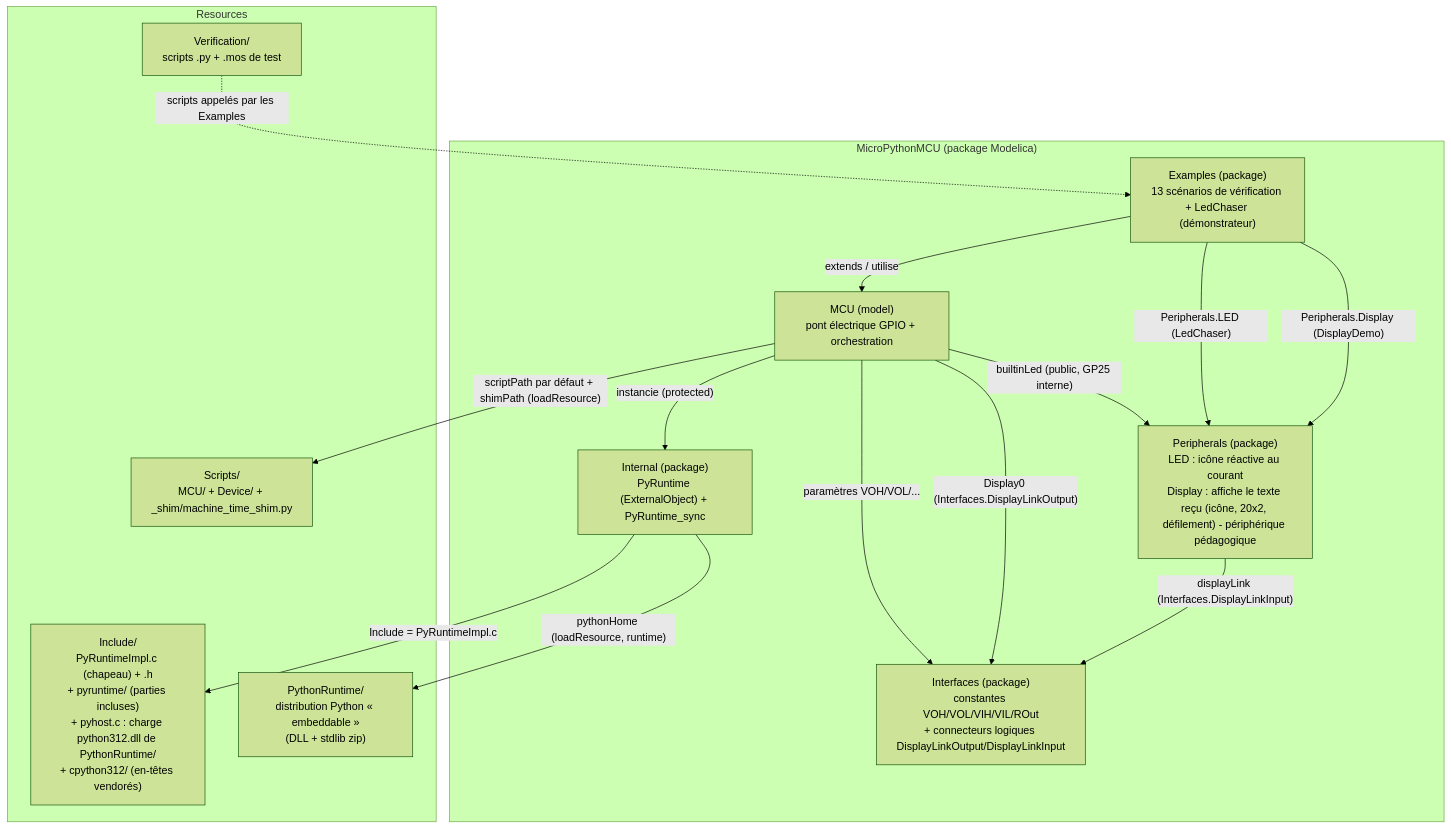
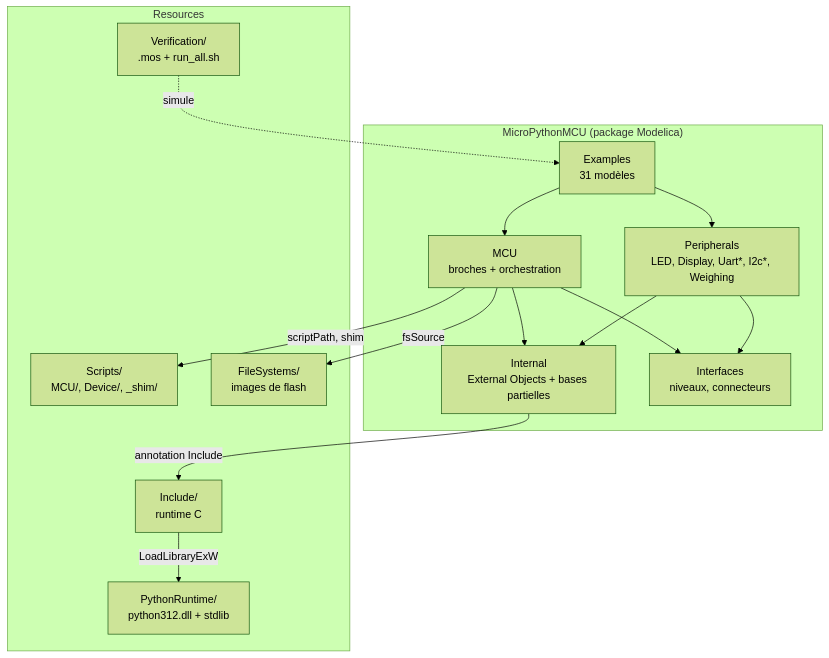
One commit to bdelaup/modelica_micropython changed the diagram in docs/architecture.md. Above: the diagram before and after it, drawn with Mermaid (forest theme). The commit also changed other lines of this file and 5 other files, not shown here.

````diff
--- a/docs/architecture.md
+++ b/docs/architecture.md
@@ -9,29 +10,28 @@
 ```mermaid
-graph TD
+flowchart TB
     subgraph LIB["MicroPythonMCU (package Modelica)"]
-        MCU["MCU (model)<br/>pont électrique GPIO + orchestration"]
-        Interfaces["Interfaces (package)<br/>constantes VOH/VOL/VIH/VIL/ROut<br/>+ connecteurs logiques DisplayLinkOutput/DisplayLinkInput"]
-        Internal["Internal (package)<br/>PyRuntime (ExternalObject) + PyRuntime_sync"]
-        Peripherals["Peripherals (package)<br/>LED : icône réactive au courant<br/>Display : affiche le texte reçu (icône, 20x2, défilement) - périphérique pédagogique"]
-        Examples["Examples (package)<br/>13 scénarios de vérification + LedChaser (démonstrateur)"]
+        Examples["Examples<br/>31 modèles"]
+        MCU["MCU<br/>broches + orchestration"]
+        Peripherals["Peripherals<br/>LED, Display, Uart*, I2c*, Weighing"]
+        Internal["Internal<br/>External Objects + bases partielles"]
+        Interfaces["Interfaces<br/>niveaux, connecteurs"]
     end
     subgraph RES["Resources"]
-        Include["Include/<br/>PyRuntimeImpl.c (chapeau) + .h<br/>+ pyruntime/ (parties incluses)<br/>+ pyhost.c : charge python312.dll de PythonRuntime/<br/>+ cpython312/ (en-têtes vendorés)"]
-        PythonRuntime["PythonRuntime/<br/>distribution Python « embeddable »<br/>(DLL + stdlib zip)"]
-        Scripts["Scripts/<br/>MCU/ + Device/ + _shim/machine_time_shim.py"]
-        Verification["Verification/<br/>scripts .py + .mos de test"]
+        Include["Include/<br/>runtime C"]
+        PythonRuntime["PythonRuntime/<br/>python312.dll + stdlib"]
+        Scripts["Scripts/<br/>MCU/, Device/, _shim/"]
+        FileSystems["FileSystems/<br/>images de flash"]
+        Verification["Verification/<br/>.mos + run_all.sh"]
     end
-
-    MCU -- "paramètres VOH/VOL/..." --> Interfaces
-    MCU -- "instancie (protected)" --> Internal
-    MCU -- "builtinLed (public, GP25 interne)" --> Peripherals
-    MCU -- "Display0 (Interfaces.DisplayLinkOutput)" --> Interfaces
-    Examples -- "extends / utilise" --> MCU
-    Examples -- "Peripherals.LED (LedChaser)" --> Peripherals
-    Examples -- "Peripherals.Display (DisplayDemo)" --> Peripherals
-    Peripherals -- "displayLink (Interfaces.DisplayLinkInput)" --> Interfaces
-    Internal -- "Include = PyRuntimeImpl.c" --> Include
-    Internal -- "pythonHome (loadResource, runtime)" --> PythonRuntime
-    MCU -- "scriptPath par défaut + shimPath (loadResource)" --> Scripts
-    Verification -. "scripts appelés par les Examples" .-> Examples
+    Examples --> MCU
+    Examples --> Peripherals
+    MCU --> Internal
+    Peripherals --> Internal
+    MCU --> Interfaces
+    Peripherals --> Interfaces
+    Internal -- "annotation Include" --> Include
+    Include -- "LoadLibraryExW" --> PythonRuntime
+    MCU -- "scriptPath, shim" --> Scripts
+    MCU -- "fsSource" --> FileSystems
+    Verification -. "simule" .-> Examples
 ```
````
